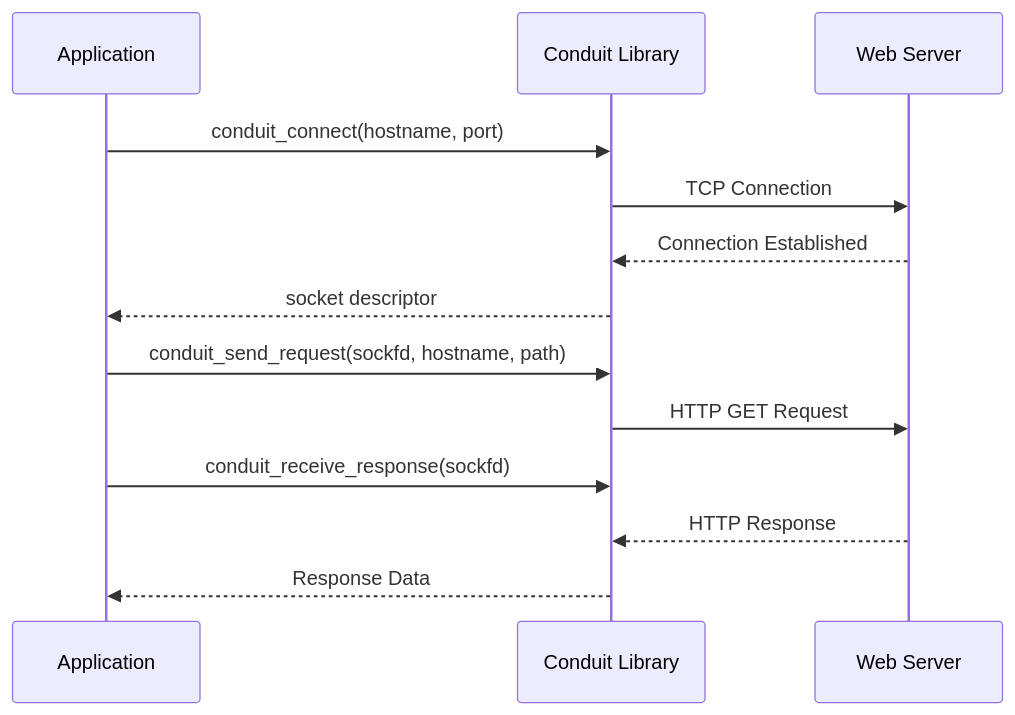
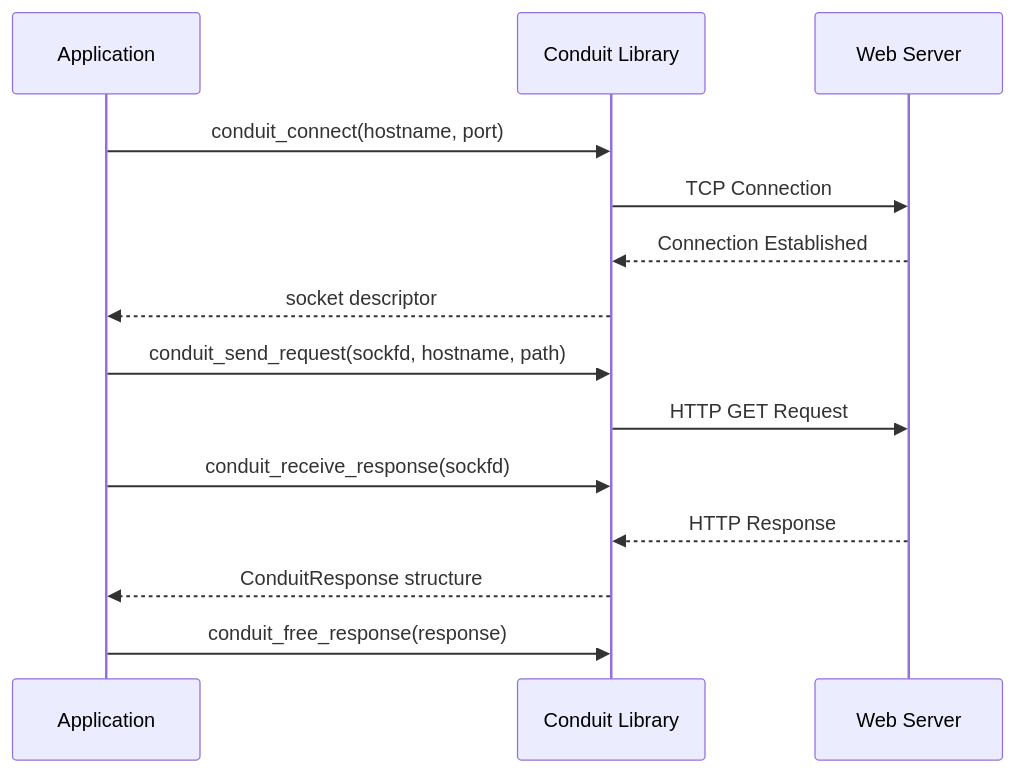
One commit to fernkit/conduit changed the second of 3 diagrams in README.md. Above: the diagram before and after it, drawn with Mermaid. The commit also changed other lines of this file and 6 other files, not shown here.

````diff
--- a/README.md
+++ b/README.md
@@ -47,18 +42,16 @@
 ```mermaid
 sequenceDiagram
-    participant App as Application
-    participant Conduit as Conduit Library
-    participant Server as Web Server
-    
-    App->>Conduit: conduit_connect(hostname, port)
-    Conduit->>Server: TCP Connection
-    Server-->>Conduit: Connection Established
-    Conduit-->>App: socket descriptor
-    
-    App->>Conduit: conduit_send_request(sockfd, hostname, path)
-    Conduit->>Server: HTTP GET Request
-    
-    App->>Conduit: conduit_receive_response(sockfd)
-    Server-->>Conduit: HTTP Response
-    Conduit-->>App: Response Data
+ participant App as Application
+ participant Conduit as Conduit Library
+ participant Server as Web Server
+ App->>Conduit: conduit_connect(hostname, port)
+ Conduit->>Server: TCP Connection
+ Server-->>Conduit: Connection Established
+ Conduit-->>App: socket descriptor
+ App->>Conduit: conduit_send_request(sockfd, hostname, path)
+ Conduit->>Server: HTTP GET Request
+ App->>Conduit: conduit_receive_response(sockfd)
+ Server-->>Conduit: HTTP Response
+ Conduit-->>App: ConduitResponse structure
+ App->>Conduit: conduit_free_response(response)
 ```
````
